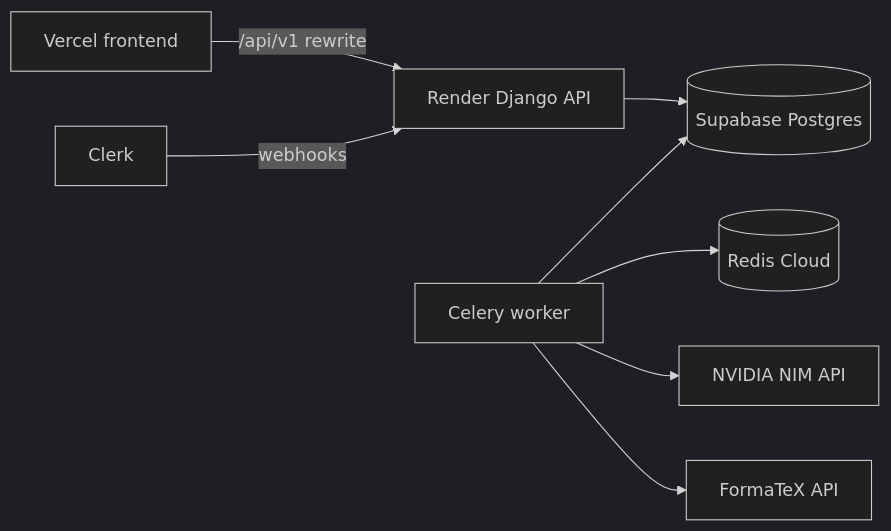
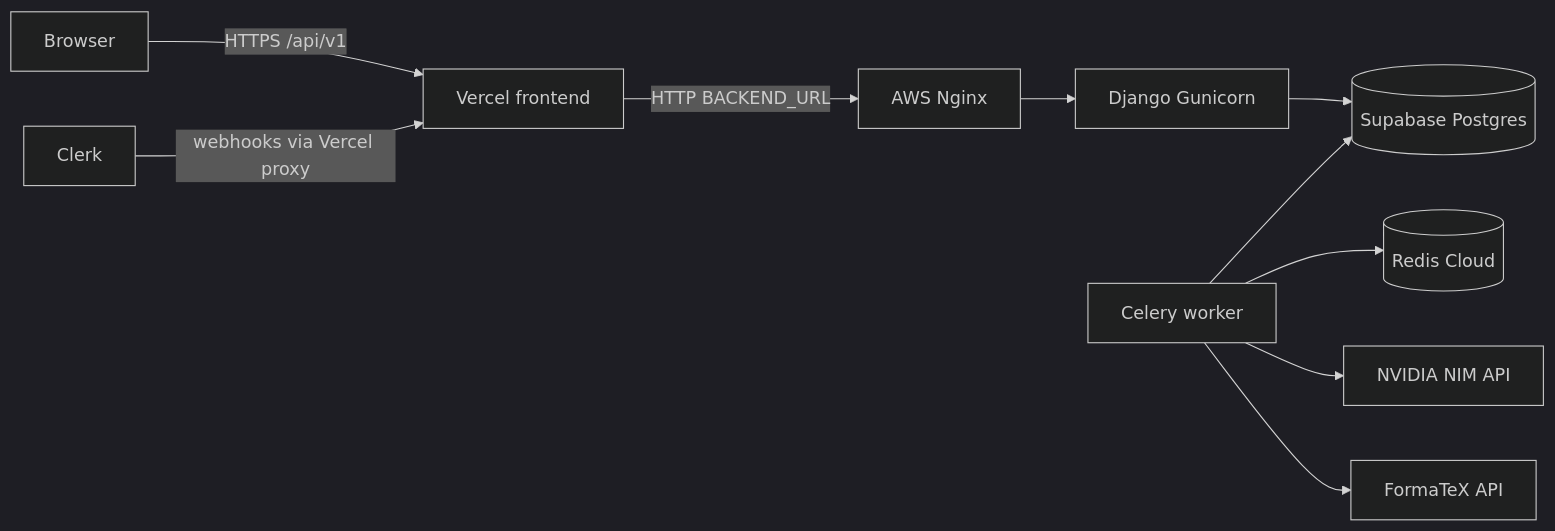
One commit to Ashoksanaka/Resume-Refiner-Backend changed the first of 2 diagrams in README.md. Above: the diagram before and after it, drawn with Mermaid (dark theme). The commit also changed other lines of this file and 42 other files, not shown here.

````diff
--- a/README.md
+++ b/README.md
@@ -25,10 +25,12 @@
 ```mermaid
 flowchart LR
-  vercel[Vercel frontend] -->|"/api/v1 rewrite"| render[Render Django API]
-  render --> supabase[(Supabase Postgres)]
+  browser[Browser] -->|"HTTPS /api/v1"| vercel[Vercel frontend]
+  vercel -->|"HTTP BACKEND_URL"| nginx[AWS Nginx]
+  nginx --> web[Django Gunicorn]
+  web --> supabase[(Supabase Postgres)]
   worker[Celery worker] --> supabase
   worker --> redis[(Redis Cloud)]
   worker --> nvidia[NVIDIA NIM API]
   worker --> formatex[FormaTeX API]
-  clerk[Clerk] -->|webhooks| render
+  clerk[Clerk] -->|"webhooks via Vercel proxy"| vercel
 ```
````
